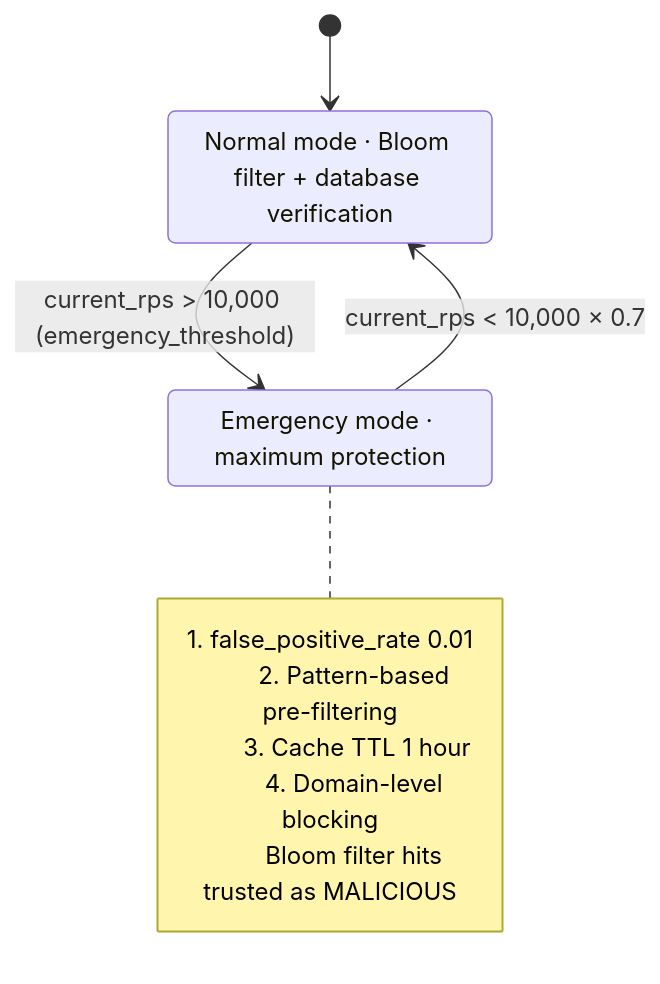
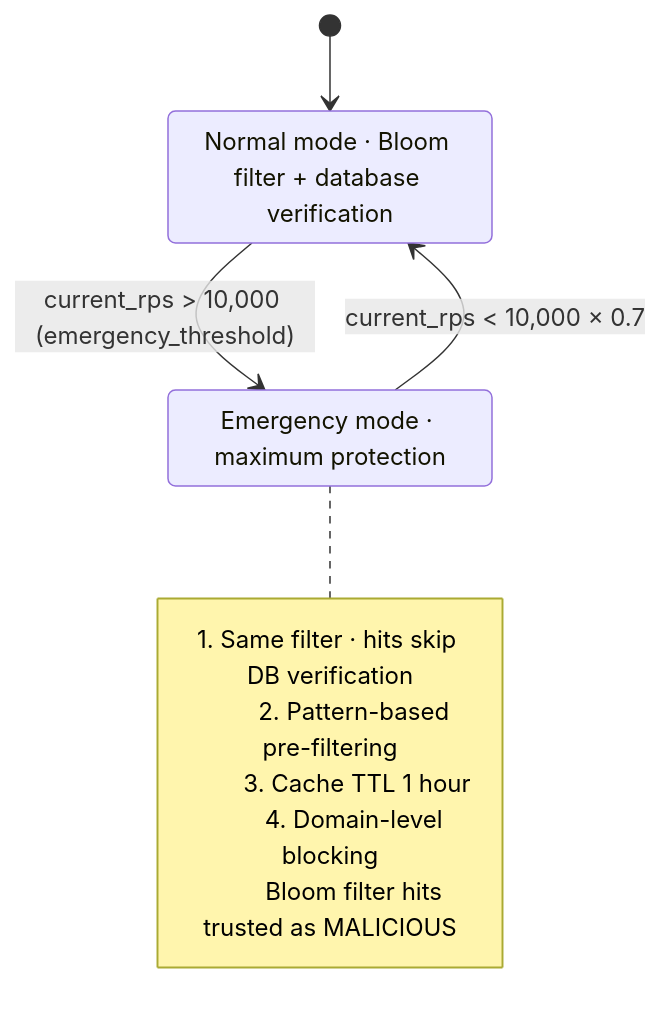
One commit to himanshkukreja/himanshu-kukreja-portfolio changed the fifth of 5 diagrams in content/stories/scalable-spam-detection-bloom-filter.md. Above: the diagram before and after it, drawn with Mermaid. The commit also changed other lines of this file and 14 other files, not shown here.

````diff
--- a/content/stories/scalable-spam-detection-bloom-filter.md
+++ b/content/stories/scalable-spam-detection-bloom-filter.md
@@ -821,18 +843,18 @@
 ```mermaid
 %% title: Emergency mode switch
 stateDiagram-v2
     Normal: Normal mode · Bloom filter + database verification
     Emergency: Emergency mode · maximum protection
     [*] --> Normal
     Normal --> Emergency: current_rps > 10,000 (emergency_threshold)
     Emergency --> Normal: current_rps < 10,000 × 0.7
     note right of Emergency
-        1. false_positive_rate 0.01
+        1. Same filter · hits skip DB verification
         2. Pattern-based pre-filtering
         3. Cache TTL 1 hour
         4. Domain-level blocking
         Bloom filter hits trusted as MALICIOUS
     end note
     class Normal ok
     class Emergency bad
 ```
````
